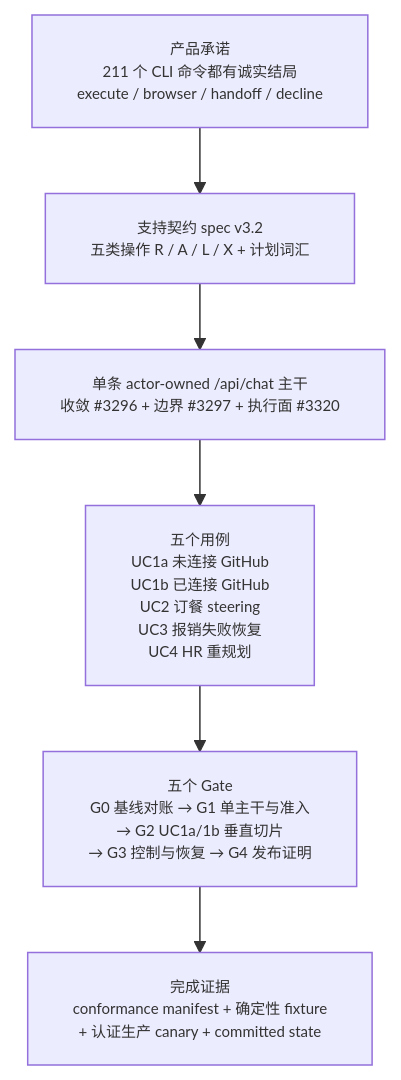
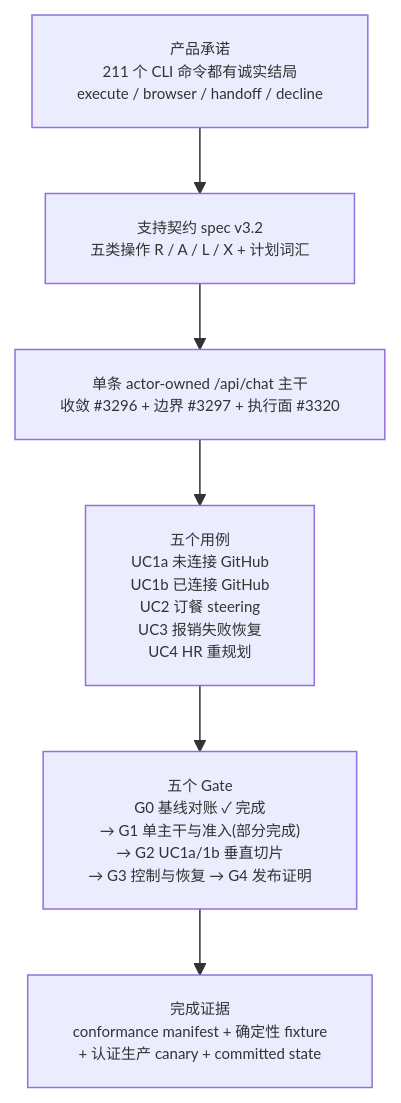
Before and after one commit to eanzhao-os/aevatar-review: the first of 3 diagrams in 07/05-milestone-40-nyxid-assistant-support-contract.md, drawn with Mermaid. The commit also changed other lines of this file and 1 other file, not shown here.

````diff
--- a/07/05-milestone-40-nyxid-assistant-support-contract.md
+++ b/07/05-milestone-40-nyxid-assistant-support-contract.md
@@ -30,11 +37,11 @@
 ```mermaid
 %%{init: {"maxTextSize": 100000, "flowchart": {"useMaxWidth": false, "nodeSpacing": 16, "rankSpacing": 44}, "themeVariables": {"fontSize": "10px"}}}%%
 flowchart TB
     P["产品承诺<br/>211 个 CLI 命令都有诚实结局<br/>execute / browser / handoff / decline"]
     S["支持契约 spec v3.2<br/>五类操作 R / A / L / X + 计划词汇"]
     T["单条 actor-owned /api/chat 主干<br/>收敛 #3296 + 边界 #3297 + 执行面 #3320"]
     U["五个用例<br/>UC1a 未连接 GitHub<br/>UC1b 已连接 GitHub<br/>UC2 订餐 steering<br/>UC3 报销失败恢复<br/>UC4 HR 重规划"]
-    G["五个 Gate<br/>G0 基线对账 → G1 单主干与准入<br/>→ G2 UC1a/1b 垂直切片<br/>→ G3 控制与恢复 → G4 发布证明"]
+    G["五个 Gate<br/>G0 基线对账 ✓ 完成<br/>→ G1 单主干与准入(部分完成)<br/>→ G2 UC1a/1b 垂直切片<br/>→ G3 控制与恢复 → G4 发布证明"]
     E["完成证据<br/>conformance manifest + 确定性 fixture<br/>+ 认证生产 canary + committed state"]
     P --> S --> T --> U --> G --> E
 ```
````
